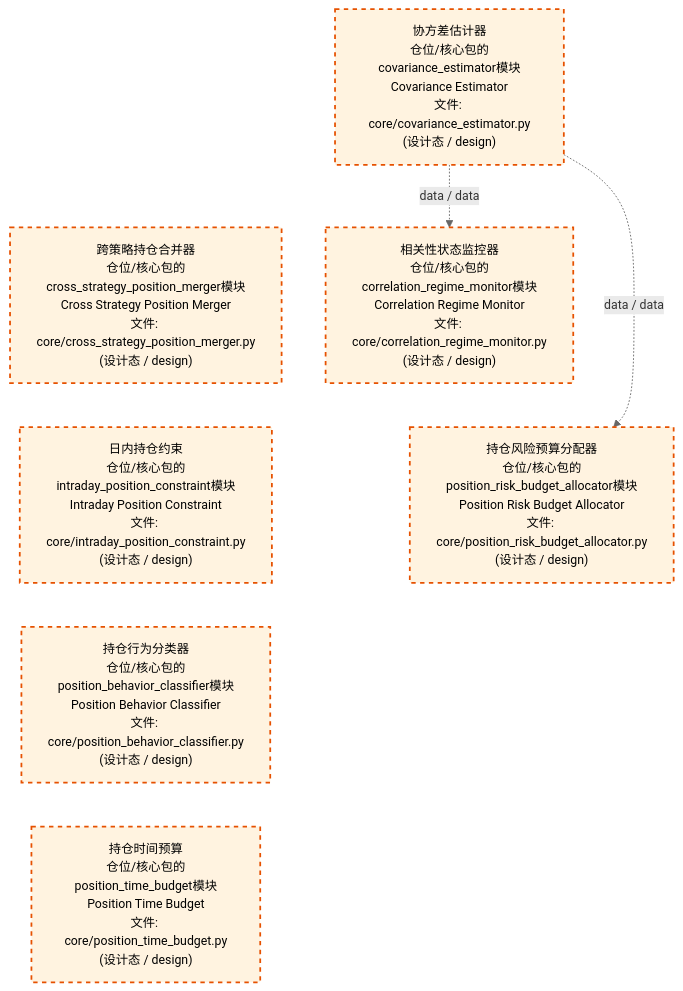
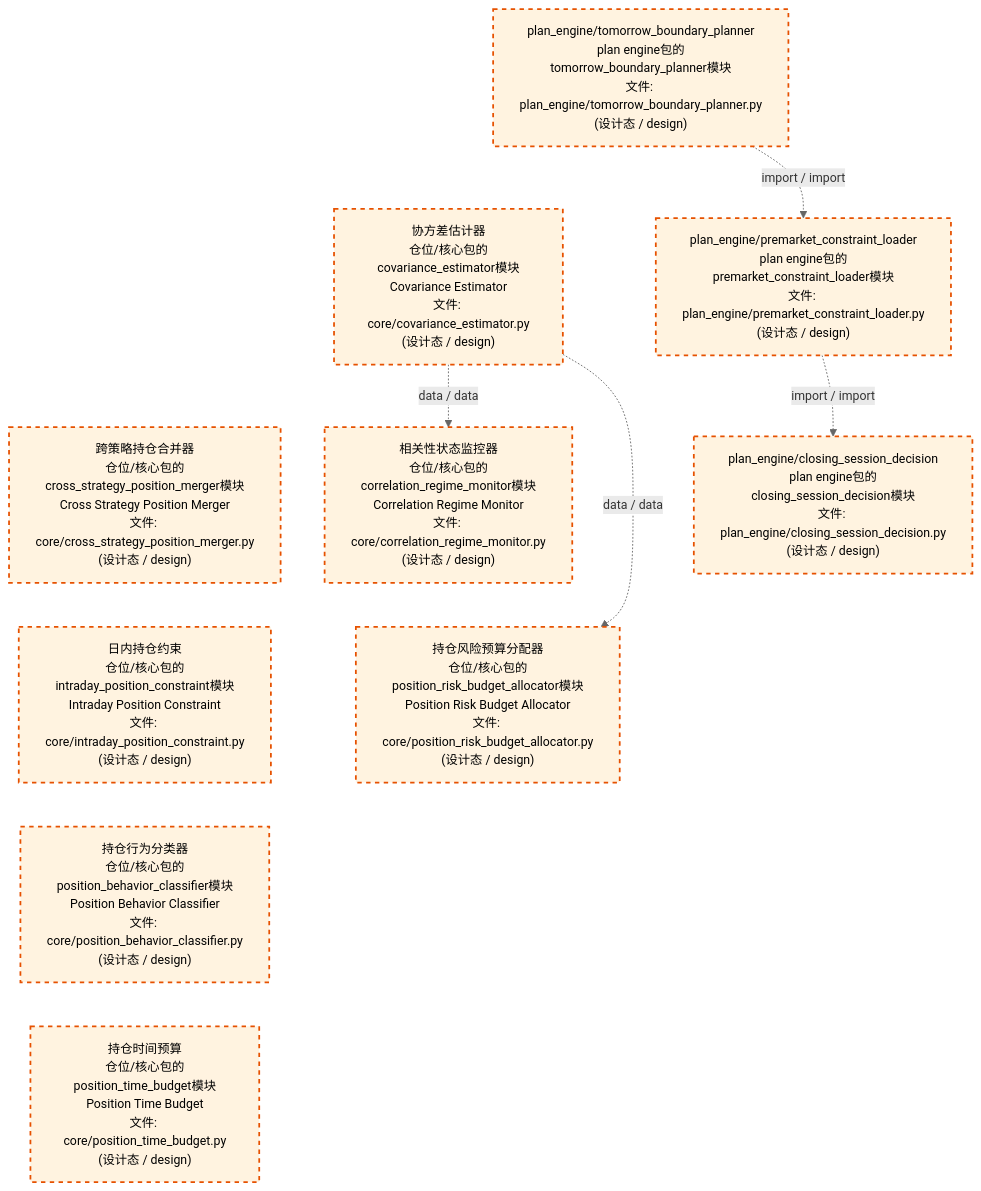
The third of 4 diagrams in docs/02_enterprise_architecture/02_domain_architecture_docs/64_d_position.md (xuanFelixVan/ZephyrAlpha), drawn with Mermaid before and after one commit. The commit also changed other lines of this file and 13 other files, not shown here.

````diff
--- a/docs/02_enterprise_architecture/02_domain_architecture_docs/64_d_position.md
+++ b/docs/02_enterprise_architecture/02_domain_architecture_docs/64_d_position.md
@@ -214,23 +229,30 @@
 ```mermaid
 %%{init: {'theme': 'base', 'themeVariables': {'primaryColor': '#eaeaea', 'primaryTextColor': '#333333', 'primaryBorderColor': '#666666', 'lineColor': '#666666', 'secondaryColor': '#eaeaea', 'tertiaryColor': '#eaeaea', 'fontSize': '14px'}}}%%
 flowchart TD
+    src_zephyr_plan_engine_tomorrow_boundary_planner_py["plan_engine/tomorrow_boundary_planner<br/>plan engine包的tomorrow_boundary_planner模块<br/>文件: plan_engine/tomorrow_boundary_planner.py<br/>(设计态 / design)"]
     src_zephyr_position_core_covariance_estimator_py["协方差估计器<br/>仓位/核心包的covariance_estimator模块<br/>Covariance Estimator<br/>文件: core/covariance_estimator.py<br/>(设计态 / design)"]
     src_zephyr_position_core_cross_strategy_position_merger_py["跨策略持仓合并器<br/>仓位/核心包的cross_strategy_position_merger模块<br/>Cross Strategy Position Merger<br/>文件: core/cross_strategy_position_merger.py<br/>(设计态 / design)"]
     src_zephyr_position_core_intraday_position_constraint_py["日内持仓约束<br/>仓位/核心包的intraday_position_constraint模块<br/>Intraday Position Constraint<br/>文件: core/intraday_position_constraint.py<br/>(设计态 / design)"]
     src_zephyr_position_core_position_behavior_classifier_py["持仓行为分类器<br/>仓位/核心包的position_behavior_classifier模块<br/>Position Behavior Classifier<br/>文件: core/position_behavior_classifier.py<br/>(设计态 / design)"]
     src_zephyr_position_core_position_time_budget_py["持仓时间预算<br/>仓位/核心包的position_time_budget模块<br/>Position Time Budget<br/>文件: core/position_time_budget.py<br/>(设计态 / design)"]
+    src_zephyr_plan_engine_tomorrow_boundary_planner_py ~~~ src_zephyr_position_core_covariance_estimator_py
     src_zephyr_position_core_covariance_estimator_py ~~~ src_zephyr_position_core_cross_strategy_position_merger_py
     src_zephyr_position_core_cross_strategy_position_merger_py ~~~ src_zephyr_position_core_intraday_position_constraint_py
     src_zephyr_position_core_intraday_position_constraint_py ~~~ src_zephyr_position_core_position_behavior_classifier_py
     src_zephyr_position_core_position_behavior_classifier_py ~~~ src_zephyr_position_core_position_time_budget_py
+    src_zephyr_plan_engine_premarket_constraint_loader_py["plan_engine/premarket_constraint_loader<br/>plan engine包的premarket_constraint_loader模块<br/>文件: plan_engine/premarket_constraint_loader.py<br/>(设计态 / design)"]
     src_zephyr_position_core_correlation_regime_monitor_py["相关性状态监控器<br/>仓位/核心包的correlation_regime_monitor模块<br/>Correlation Regime Monitor<br/>文件: core/correlation_regime_monitor.py<br/>(设计态 / design)"]
     src_zephyr_position_core_position_risk_budget_allocator_py["持仓风险预算分配器<br/>仓位/核心包的position_risk_budget_allocator模块<br/>Position Risk Budget Allocator<br/>文件: core/position_risk_budget_allocator.py<br/>(设计态 / design)"]
+    src_zephyr_plan_engine_premarket_constraint_loader_py ~~~ src_zephyr_position_core_correlation_regime_monitor_py
     src_zephyr_position_core_correlation_regime_monitor_py ~~~ src_zephyr_position_core_position_risk_budget_allocator_py
+    src_zephyr_plan_engine_closing_session_decision_py["plan_engine/closing_session_decision<br/>plan engine包的closing_session_decision模块<br/>文件: plan_engine/closing_session_decision.py<br/>(设计态 / design)"]
     src_zephyr_position_core_covariance_estimator_py -.->|data / data| src_zephyr_position_core_correlation_regime_monitor_py
     src_zephyr_position_core_covariance_estimator_py -.->|data / data| src_zephyr_position_core_position_risk_budget_allocator_py
+    src_zephyr_plan_engine_tomorrow_boundary_planner_py -.->|import / import| src_zephyr_plan_engine_premarket_constraint_loader_py
+    src_zephyr_plan_engine_premarket_constraint_loader_py -.->|import / import| src_zephyr_plan_engine_closing_session_decision_py
     classDef production fill:#e1f5fe,stroke:#01579b,stroke-width:2px,color:#000
     classDef design fill:#fff3e0,stroke:#e65100,stroke-width:2px,color:#000,stroke-dasharray: 5 5
     classDef external_prod fill:#e8f4fd,stroke:#0277bd,stroke-width:1px,color:#000
     classDef external_design fill:#fff8e7,stroke:#ef6c00,stroke-width:1px,color:#000,stroke-dasharray: 5 5
-    class src_zephyr_position_core_correlation_regime_monitor_py,src_zephyr_position_core_covariance_estimator_py,src_zephyr_position_core_cross_strategy_position_merger_py,src_zephyr_position_core_intraday_position_constraint_py,src_zephyr_position_core_position_behavior_classifier_py,src_zephyr_position_core_position_risk_budget_allocator_py,src_zephyr_position_core_position_time_budget_py design
+    class src_zephyr_plan_engine_closing_session_decision_py,src_zephyr_plan_engine_premarket_constraint_loader_py,src_zephyr_plan_engine_tomorrow_boundary_planner_py,src_zephyr_position_core_correlation_regime_monitor_py,src_zephyr_position_core_covariance_estimator_py,src_zephyr_position_core_cross_strategy_position_merger_py,src_zephyr_position_core_intraday_position_constraint_py,src_zephyr_position_core_position_behavior_classifier_py,src_zephyr_position_core_position_risk_budget_allocator_py,src_zephyr_position_core_position_time_budget_py design
 ```
````
